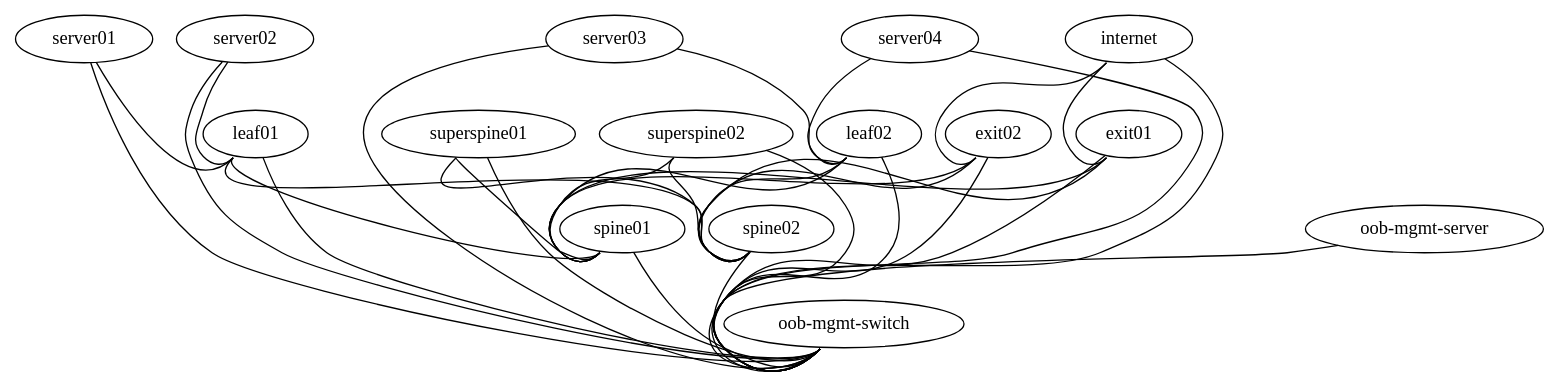
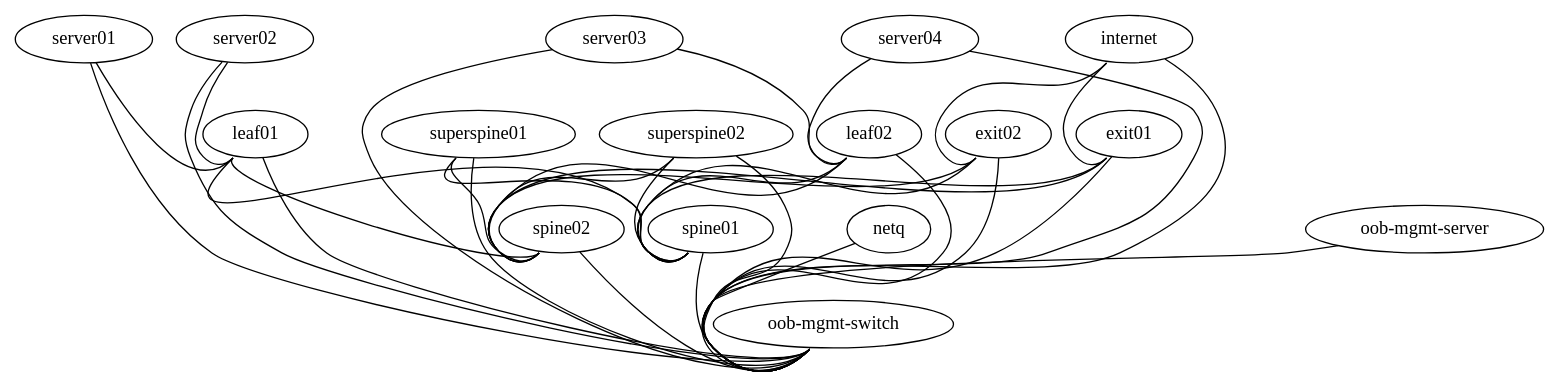
Before and after one commit to routemypacket/cumulus-lab: the diagram in simulation/topology.dot, drawn with Graphviz. The commit also changed 2 other files, not shown here.

```diff
--- a/simulation/topology.dot
+++ b/simulation/topology.dot
@@ -1,57 +1,59 @@
 
 
 graph vx {
  "leaf01" [function="leaf" os="CumulusCommunity/cumulus-vx" version="3.7.1" memory="768" config="./helper_scripts/config_switch.sh"]
  "leaf02" [function="leaf" os="CumulusCommunity/cumulus-vx" version="3.7.1" memory="768" config="./helper_scripts/config_switch.sh" ]
  "spine01" [function="spine" os="CumulusCommunity/cumulus-vx" version="3.7.1" memory="768" config="./helper_scripts/config_switch.sh" ]
  "spine02" [function="spine" os="CumulusCommunity/cumulus-vx" version="3.7.1" memory="768" config="./helper_scripts/config_switch.sh" ]
  "superspine01" [function="superspine" os="CumulusCommunity/cumulus-vx" version="3.7.1" memory="768" config="./helper_scripts/config_switch.sh" ]
  "superspine02" [function="superspine" os="CumulusCommunity/cumulus-vx" version="3.7.1" memory="768" config="./helper_scripts/config_switch.sh" ]
  "exit01" [function="exit" os="CumulusCommunity/cumulus-vx" version="3.7.1" memory="768" config="./helper_scripts/config_switch.sh" ]
  "exit02" [function="exit" os="CumulusCommunity/cumulus-vx" version="3.7.1" memory="768" config="./helper_scripts/config_switch.sh" ]
+ "netq" [function="host" os="cumulus/ts" memory="768" config="./helper_scripts/config_server.sh" ]
  "server01" [function="host" os="yk0/ubuntu-xenial" memory="512" config="./helper_scripts/config_server.sh" ]
  "server02" [function="host" os="yk0/ubuntu-xenial" memory="512" config="./helper_scripts/config_server.sh" ]
  "server03" [function="host" os="yk0/ubuntu-xenial" memory="512" config="./helper_scripts/config_server.sh" ]
  "server04" [function="host" os="yk0/ubuntu-xenial" memory="512" config="./helper_scripts/config_server.sh" ]
  "internet" [function="internet" vagrant="swp48" os="CumulusCommunity/cumulus-vx" version="3.7.1" memory="768" config="./helper_scripts/config_internet.sh" ]
  "oob-mgmt-switch" [function="oob-mgmt-switch" vagrant="eth0" os="CumulusCommunity/cumulus-vx" version="3.7.1" memory="768" config="./helper_scripts/config_oob_switch.sh" ]
  "oob-mgmt-server" [function="oob-server" vagrant="eth0" os="CumulusCommunity/vx_oob_server" version="1.0.4" memory="1024" config="./helper_scripts/config_oob_server.sh" ]
 
  "superspine01":"swp1" -- "spine01":"swp32"
  "superspine01":"swp2" -- "spine02":"swp32"
  "superspine02":"swp1" -- "spine01":"swp31"
  "superspine02":"swp2" -- "spine02":"swp31"
 
  "leaf01":"swp49" -- "spine01":"swp1"
  "leaf02":"swp49" -- "spine01":"swp2"
  "leaf01":"swp50" -- "spine02":"swp1"
  "leaf02":"swp50" -- "spine02":"swp2"
 
  "server01":"eth1" -- "leaf01":"swp1" [left_mac="00:03:00:11:11:01"]
  "server02":"eth1" -- "leaf01":"swp2" [left_mac="00:03:00:22:22:01"]
  "server03":"eth1" -- "leaf02":"swp1" [left_mac="00:03:00:33:33:01"]
  "server04":"eth1" -- "leaf02":"swp2" [left_mac="00:03:00:44:44:01"]
 
  "exit01":"swp1" -- "spine01":"swp3"
  "exit01":"swp2" -- "spine02":"swp3"
  "exit02":"swp1" -- "spine01":"swp4"
  "exit02":"swp2" -- "spine02":"swp4"
 
  "internet":"swp1" -- "exit01":"swp32"
  "internet":"swp2" -- "exit02":"swp32"
 
  "oob-mgmt-server":"eth1" -- "oob-mgmt-switch":"swp1" [right_mac="a0:00:00:00:00:61"]
  "server01":"eth0" -- "oob-mgmt-switch":"swp2" [left_mac="a0:00:00:00:00:31"]
  "server02":"eth0" -- "oob-mgmt-switch":"swp3" [left_mac="a0:00:00:00:00:32"]
  "server03":"eth0" -- "oob-mgmt-switch":"swp4" [left_mac="a0:00:00:00:00:33"]
  "server04":"eth0" -- "oob-mgmt-switch":"swp5" [left_mac="a0:00:00:00:00:34"]
  "leaf01":"eth0" -- "oob-mgmt-switch":"swp6" [left_mac="a0:00:00:00:00:11"]
  "leaf02":"eth0" -- "oob-mgmt-switch":"swp7" [left_mac="a0:00:00:00:00:12"]
  "superspine01":"eth0" -- "oob-mgmt-switch":"swp8" [left_mac="a0:00:00:00:00:21"]
  "superspine02":"eth0" -- "oob-mgmt-switch":"swp9" [left_mac="a0:00:00:00:00:22"]
  "spine01":"eth0" -- "oob-mgmt-switch":"swp10" [left_mac="a0:00:00:00:00:23"]
  "spine02":"eth0" -- "oob-mgmt-switch":"swp11" [left_mac="a0:00:00:00:00:24"]
  "exit01":"eth0" -- "oob-mgmt-switch":"swp12" [left_mac="a0:00:00:00:00:41"]
  "exit02":"eth0" -- "oob-mgmt-switch":"swp13" [left_mac="a0:00:00:00:00:42"]
  "internet":"eth0" -- "oob-mgmt-switch":"swp15" [left_mac="a0:00:00:00:00:50"]
+ "netq":"eth0" -- "oob-mgmt-switch":"swp16" [left_mac="a0:00:00:00:00:52"]
 }
```
